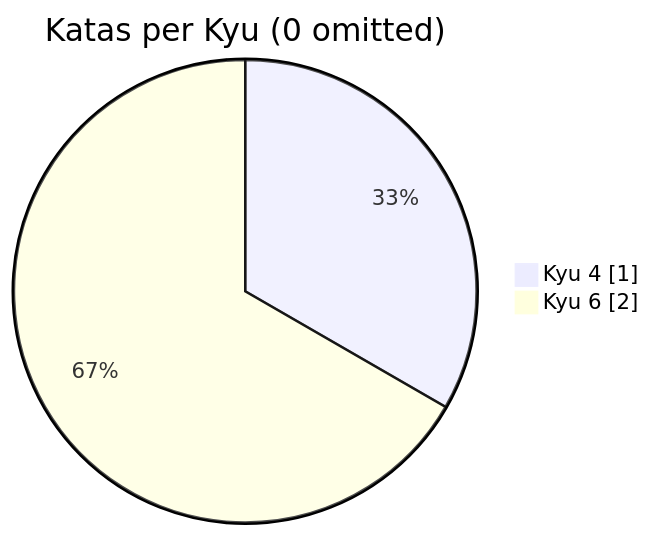
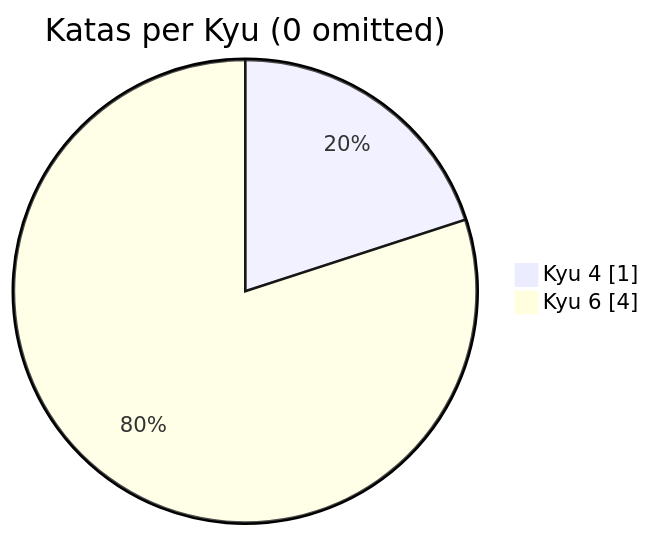
The diagram in README.md (eyyMinda/KataVault), drawn with Mermaid before and after one commit. The commit also changed other lines of this file, not shown here.

````diff
--- a/README.md
+++ b/README.md
@@ -21,6 +21,6 @@
 ```mermaid
 pie showData
     title Katas per Kyu (0 omitted)
 	"Kyu 4": 1
-	"Kyu 6": 2
+	"Kyu 6": 4
 ```
````
